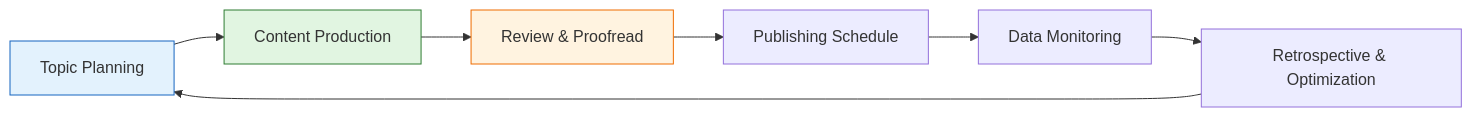
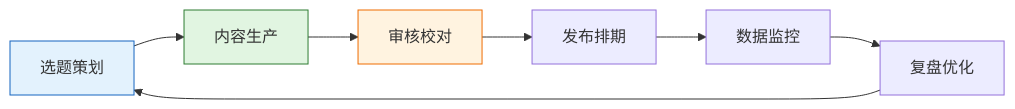
The fifth of 9 diagrams in templates/Product/Operations/Template-Operations-Manual.md (Kirky-X/cangjie), drawn with Mermaid before and after one commit. The commit also changed other lines of this file and 33 other files, not shown here.

````diff
--- a/templates/Product/Operations/Template-Operations-Manual.md
+++ b/templates/Product/Operations/Template-Operations-Manual.md
@@ -227,13 +227,13 @@
 ```mermaid
 flowchart LR
-    A[Topic Planning] --> B[Content Production]
-    B --> C[Review & Proofread]
-    C --> D[Publishing Schedule]
-    D --> E[Data Monitoring]
-    E --> F[Retrospective & Optimization]
+    A[选题策划] --> B[内容生产]
+    B --> C[审核校对]
+    C --> D[发布排期]
+    D --> E[数据监控]
+    E --> F[复盘优化]
     F --> A
 
     style A fill:#e3f2fd,stroke:#1565c0
     style B fill:#e1f5e1,stroke:#2e7d32
     style C fill:#fff3e0,stroke:#ef6c00
 ```
````
